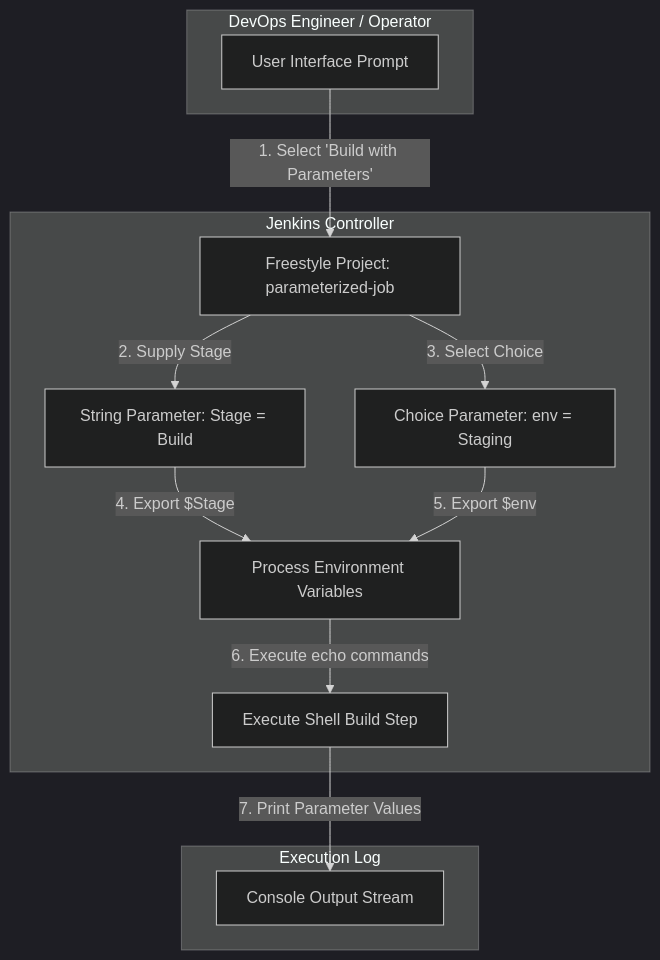
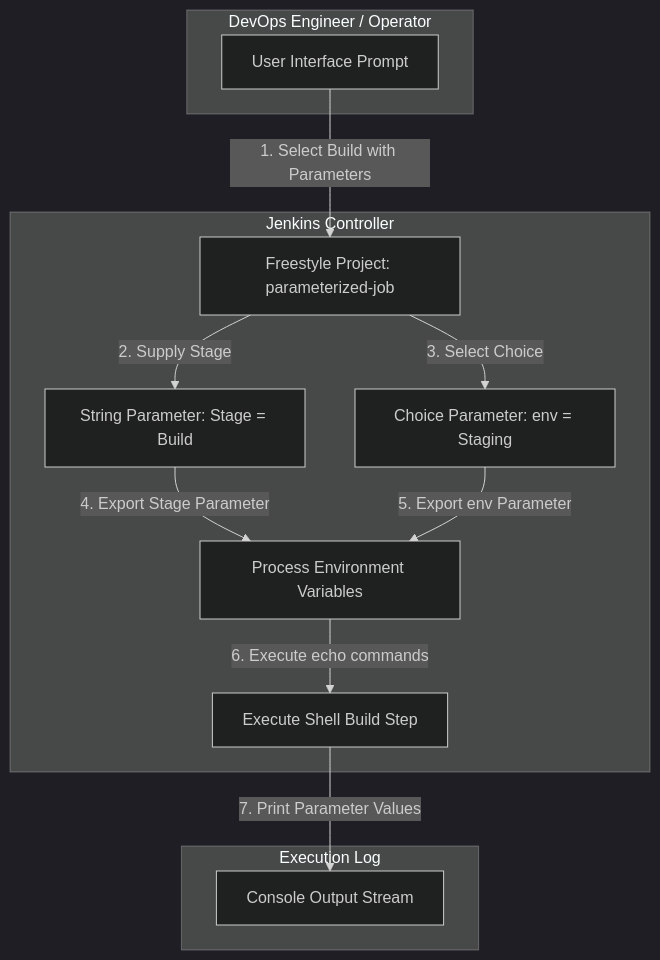
One commit to VarunRaje/dev-ops-challenges changed the diagram in challenges/72-configure-jenkins-parameterized-job.md. Above: the diagram before and after it, drawn with Mermaid (dark theme). The commit also changed 1 other file, not shown here.

Commit message:
Removing mermaid syntax error

````diff
--- a/challenges/72-configure-jenkins-parameterized-job.md
+++ b/challenges/72-configure-jenkins-parameterized-job.md
@@ -12,26 +12,26 @@
 ```mermaid
 graph TD
     subgraph ClientLayer ["DevOps Engineer / Operator"]
         User["User Interface Prompt"]
     end
 
     subgraph JenkinsController ["Jenkins Controller"]
         JobConfig["Freestyle Project: parameterized-job"]
         StringParam["String Parameter: Stage = Build"]
         ChoiceParam["Choice Parameter: env = Staging"]
         EnvInjection["Process Environment Variables"]
         ShellStep["Execute Shell Build Step"]
     end
 
     subgraph ConsoleLog ["Execution Log"]
         Output["Console Output Stream"]
     end
 
-    User -->|1. Select 'Build with Parameters'| JobConfig
-    JobConfig -->|2. Supply Stage| StringParam
-    JobConfig -->|3. Select Choice| ChoiceParam
-    StringParam -->|4. Export $Stage| EnvInjection
-    ChoiceParam -->|5. Export $env| EnvInjection
-    EnvInjection -->|6. Execute echo commands| ShellStep
-    ShellStep -->|7. Print Parameter Values| Output
+    User -->|"1. Select Build with Parameters"| JobConfig
+    JobConfig -->|"2. Supply Stage"| StringParam
+    JobConfig -->|"3. Select Choice"| ChoiceParam
+    StringParam -->|"4. Export Stage Parameter"| EnvInjection
+    ChoiceParam -->|"5. Export env Parameter"| EnvInjection
+    EnvInjection -->|"6. Execute echo commands"| ShellStep
+    ShellStep -->|"7. Print Parameter Values"| Output
 ```
````
